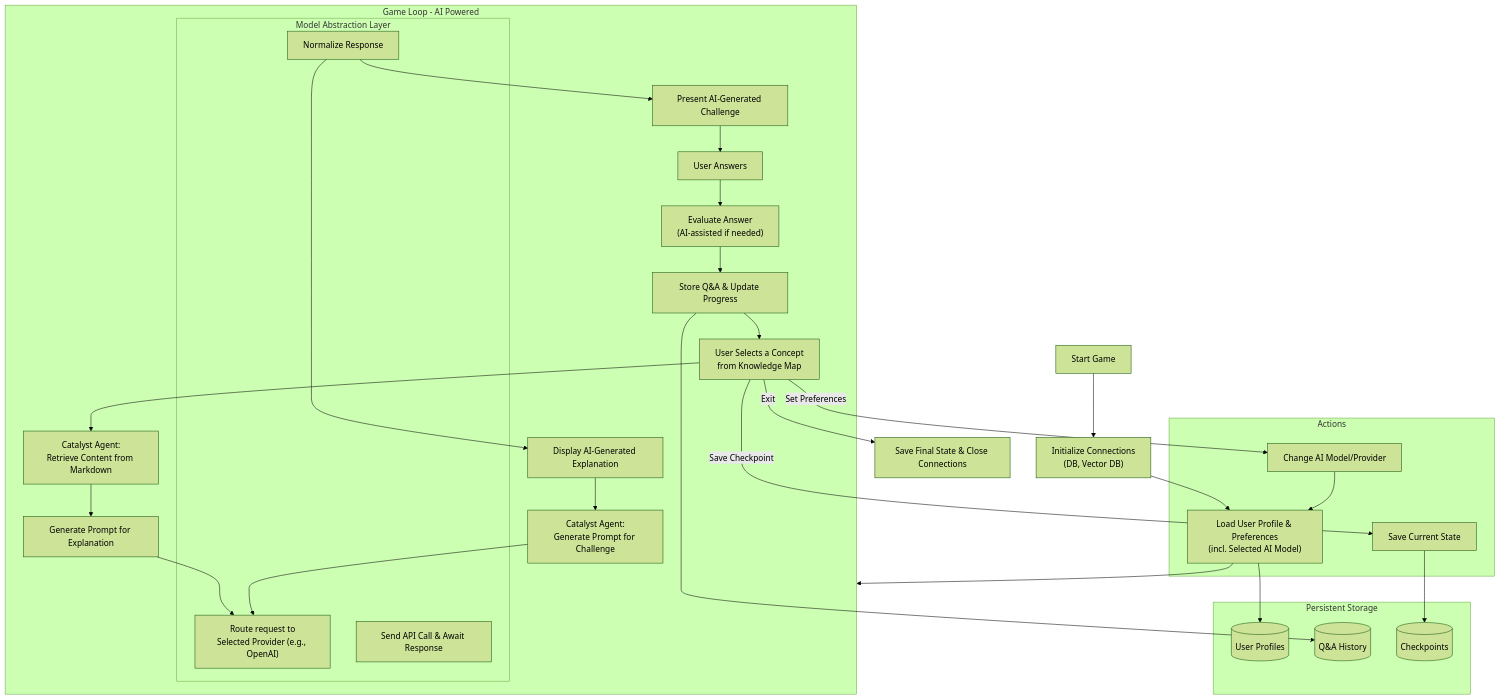
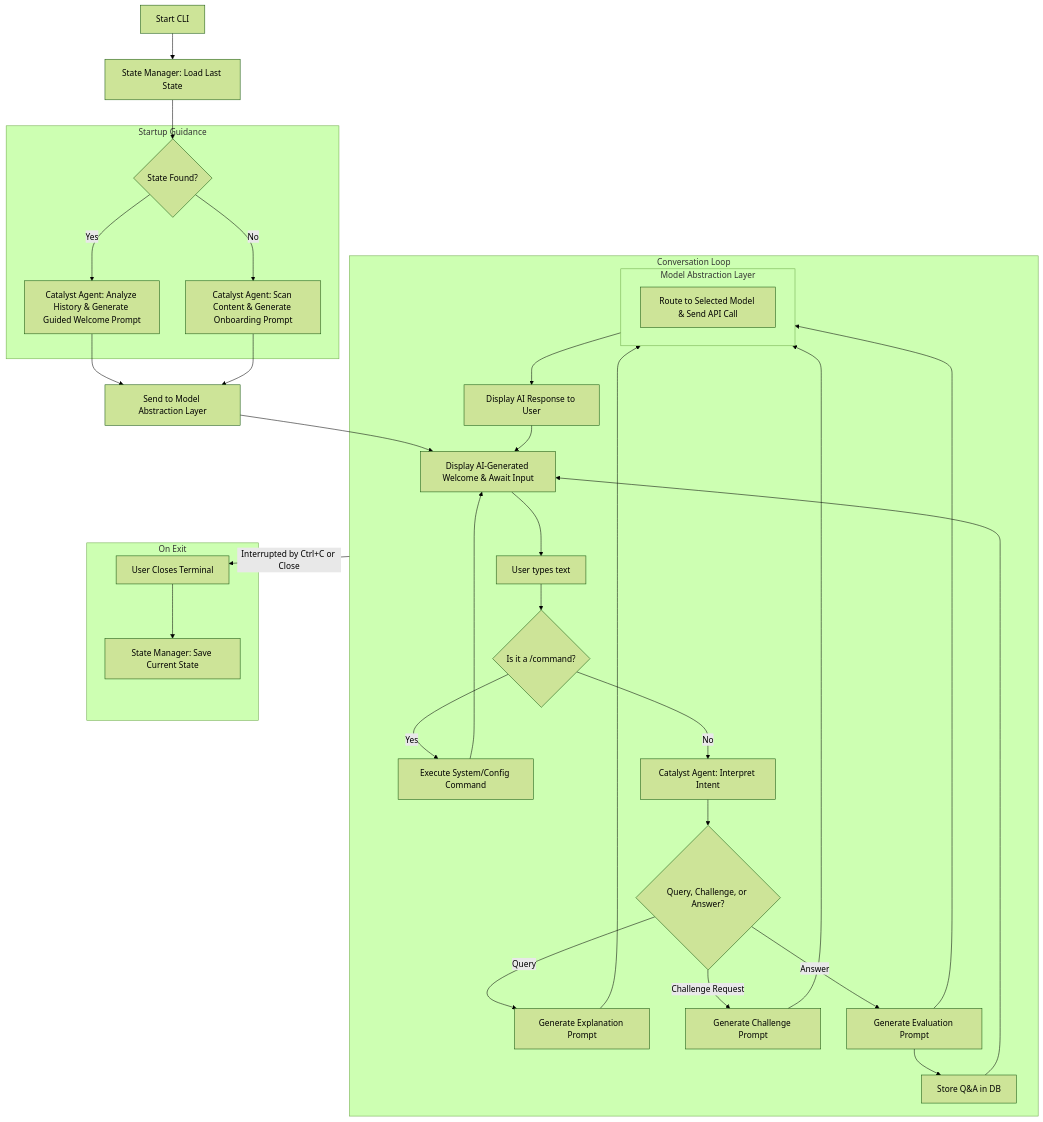
Before and after one commit to phona/learning-catalyst: the diagram in .documents/requiment/v1/requiment.md, drawn with Mermaid (forest theme). The commit also changed other lines of this file and 84 other files, not shown here.

Commit message:
Implement Learning Catalyst core modules and AI abstraction layer

````diff
--- a/.documents/requiment/v1/requiment.md
+++ b/.documents/requiment/v1/requiment.md
@@ -108,50 +155,42 @@
 ```mermaid
 flowchart TD
-    A[Start Game] --> B["Initialize Connections<br/>(DB, Vector DB)"]
-    B --> C["Load User Profile & Preferences<br/>(incl. Selected AI Model)"]
+    A[Start CLI] --> B[State Manager: Load Last State]
+    B --> C{State Found?}
 
-    C --> D{Main Game Loop}
-    subgraph D [Game Loop - AI Powered]
-        D1[User Selects a Concept<br/>from Knowledge Map]
-        
-        D1 --> D2[Catalyst Agent:<br/>Retrieve Content from Markdown]
-        D2 --> D3[Generate Prompt for Explanation]
-        
-        subgraph MAL [Model Abstraction Layer]
-             M1["Route request to<br/>Selected Provider (e.g., OpenAI)"]
-             M2[Send API Call & Await Response]
-             M3[Normalize Response]
+    subgraph StartupGuidance [Startup Guidance]
+        C -- Yes --> C_YES[Catalyst Agent: Analyze History & Generate Guided Welcome Prompt]
+        C -- No --> C_NO[Catalyst Agent: Scan Content & Generate Onboarding Prompt]
+    end
+
+    C_YES --> MAL_Startup[Send to Model Abstraction Layer]
+    C_NO --> MAL_Startup
+
+    MAL_Startup --> D[Display AI-Generated Welcome & Await Input]
+  
+    subgraph ConversationLoop [Conversation Loop]
+        D --> E[User types text]
+        E --> F{Is it a /command?}
+        F -- Yes --> G[Execute System/Config Command] --> D
+        F -- No --> H[Catalyst Agent: Interpret Intent]
+        H --> I{Query, Challenge, or Answer?}
+        I -- Query --> J[Generate Explanation Prompt] --> MAL_Conv
+        I -- Challenge Request --> K[Generate Challenge Prompt] --> MAL_Conv
+        I -- Answer --> L[Generate Evaluation Prompt] --> MAL_Conv
+
+        subgraph MAL_Conv [Model Abstraction Layer]
+            M1[Route to Selected Model & Send API Call]
         end
 
-        D3 --> M1
-        M3 --> D4[Display AI-Generated Explanation]
-        
-        D4 --> D5[Catalyst Agent:<br/>Generate Prompt for Challenge]
-        D5 --> M1
-        M3 --> D6[Present AI-Generated Challenge]
+        MAL_Conv --> N[Display AI Response to User]
+        L --> O[Store Q&A in DB]
 
-        D6 --> D7[User Answers]
-        D7 --> D8["Evaluate Answer<br/>(AI-assisted if needed)"]
-        D8 --> D9[Store Q&A & Update Progress]
-        D9 --> D1
+        N --> D
+        O --> D
     end
 
-    subgraph Actions
-        D1 -- "Set Preferences" --> P1[Change AI Model/Provider]
-        P1 --> C
-        D1 -- "Save Checkpoint" --> CP1[Save Current State]
+    subgraph ExitProcess [On Exit]
+        P[User Closes Terminal] --> Q[State Manager: Save Current State]
     end
 
-    subgraph DB [Persistent Storage]
-      DB1[(User Profiles)]
-      DB2[(Q&A History)]
-      DB3[(Checkpoints)]
-    end
-
-    C --> DB1
-    D9 --> DB2
-    CP1 --> DB3
-
-    D1 -- "Exit" --> E[Save Final State & Close Connections]
-
+    ConversationLoop -- Interrupted by Ctrl+C or Close --> P
 ```
````
